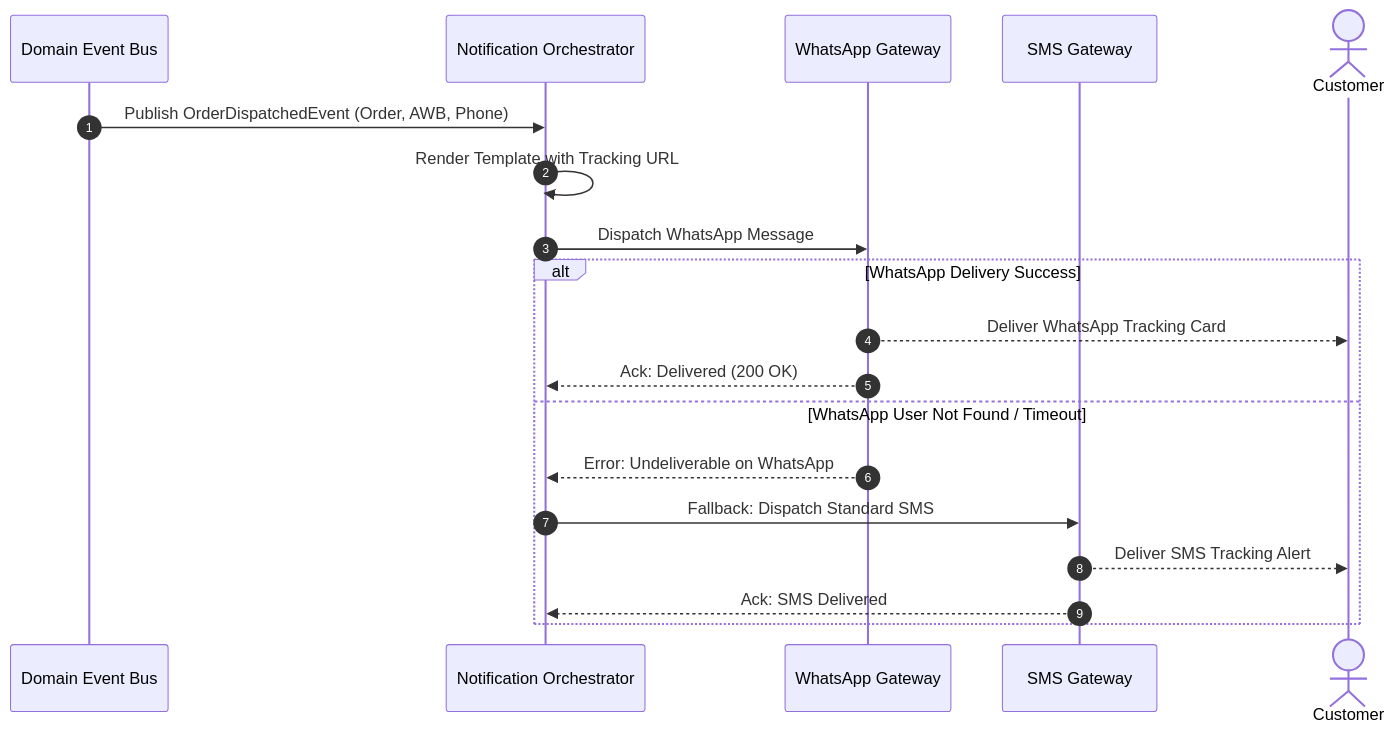
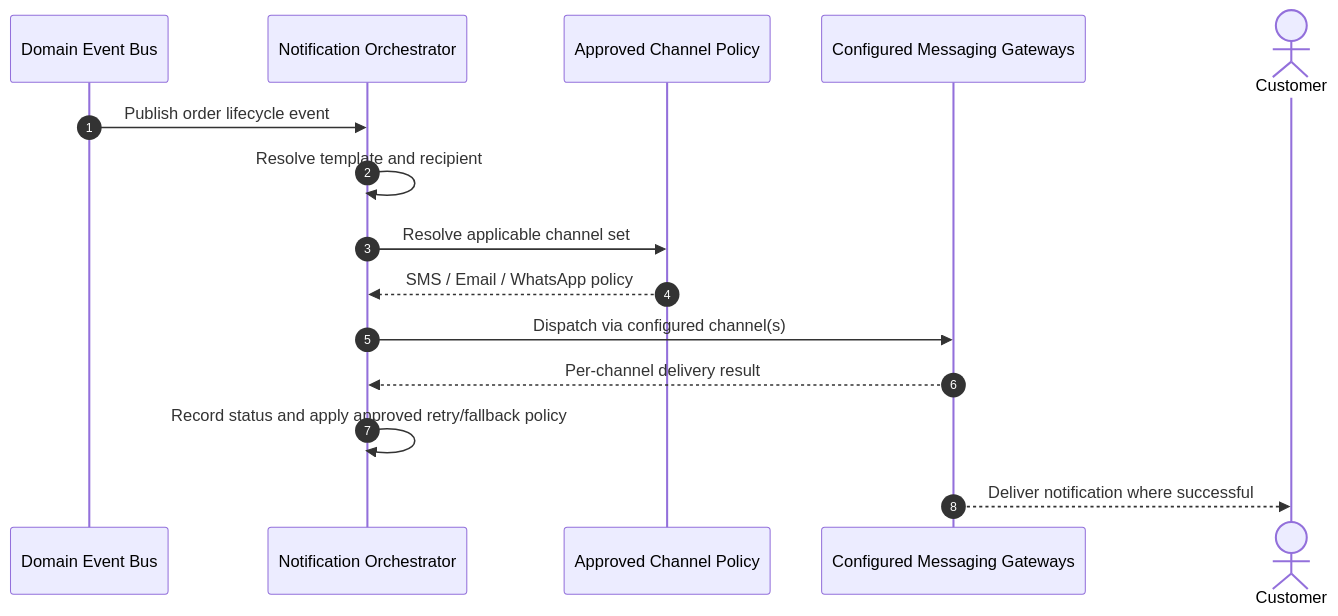
Diagram 12 of 16 in docs/00-requirements/06-business-workflows.md (ezhilselvan1109/chellaa-system), drawn with Mermaid before and after one commit. The commit also changed other lines of this file, not shown here.

Commit message:
docs(workflows): align notification/reporting flows and add review moderation

````diff
--- a/docs/00-requirements/06-business-workflows.md
+++ b/docs/00-requirements/06-business-workflows.md
@@ -627,22 +628,18 @@
 ```mermaid
 sequenceDiagram
     autonumber
     participant EventBus as Domain Event Bus
     participant NotifEngine as Notification Orchestrator
-    participant WAGateway as WhatsApp Gateway
-    participant SMSGateway as SMS Gateway
+    participant ChannelPolicy as Approved Channel Policy
+    participant Gateways as Configured Messaging Gateways
     actor Customer as Customer
 
-    EventBus->>NotifEngine: Publish OrderDispatchedEvent (Order, AWB, Phone)
-    NotifEngine->>NotifEngine: Render Template with Tracking URL
-    NotifEngine->>WAGateway: Dispatch WhatsApp Message
-    alt WhatsApp Delivery Success
-        WAGateway-->>Customer: Deliver WhatsApp Tracking Card
-        WAGateway-->>NotifEngine: Ack: Delivered (200 OK)
-    else WhatsApp User Not Found / Timeout
-        WAGateway-->>NotifEngine: Error: Undeliverable on WhatsApp
-        NotifEngine->>SMSGateway: Fallback: Dispatch Standard SMS
-        SMSGateway-->>Customer: Deliver SMS Tracking Alert
-        SMSGateway-->>NotifEngine: Ack: SMS Delivered
-    end
+    EventBus->>NotifEngine: Publish order lifecycle event
+    NotifEngine->>NotifEngine: Resolve template and recipient
+    NotifEngine->>ChannelPolicy: Resolve applicable channel set
+    ChannelPolicy-->>NotifEngine: SMS / Email / WhatsApp policy
+    NotifEngine->>Gateways: Dispatch via configured channel(s)
+    Gateways-->>NotifEngine: Per-channel delivery result
+    NotifEngine->>NotifEngine: Record status and apply approved retry/fallback policy
+    Gateways-->>Customer: Deliver notification where successful
 ```
````
